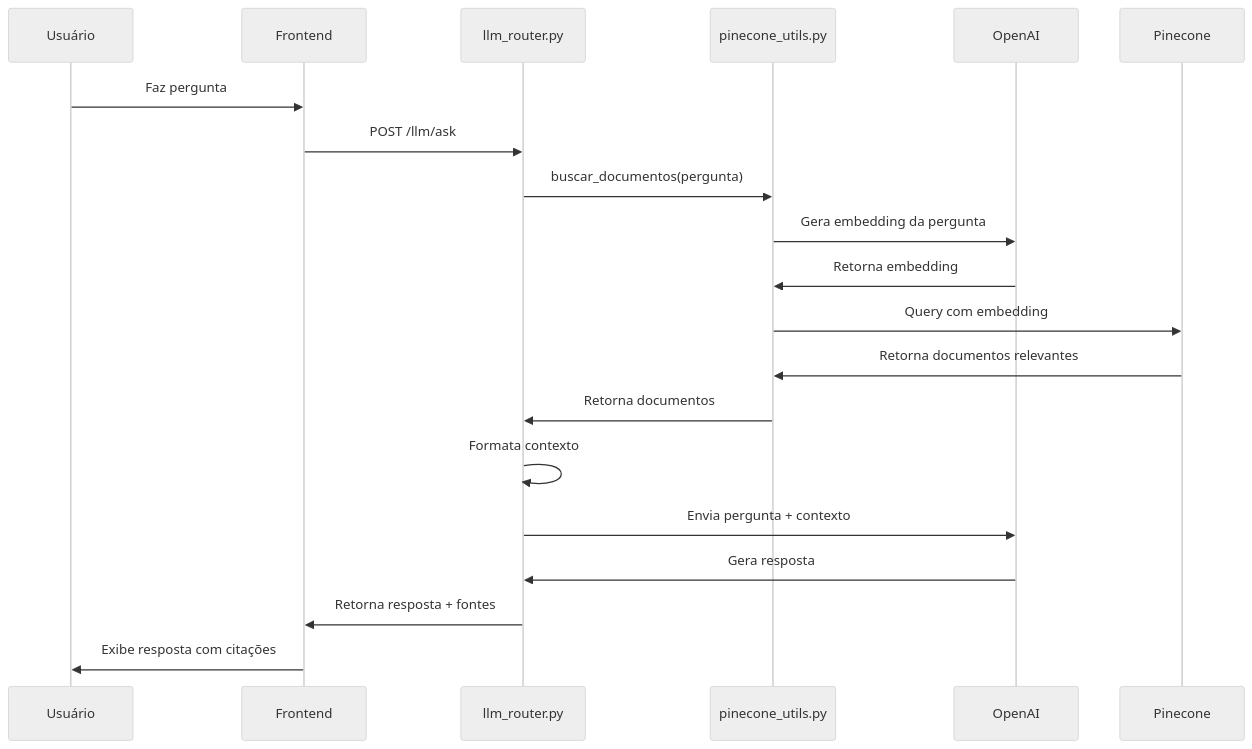
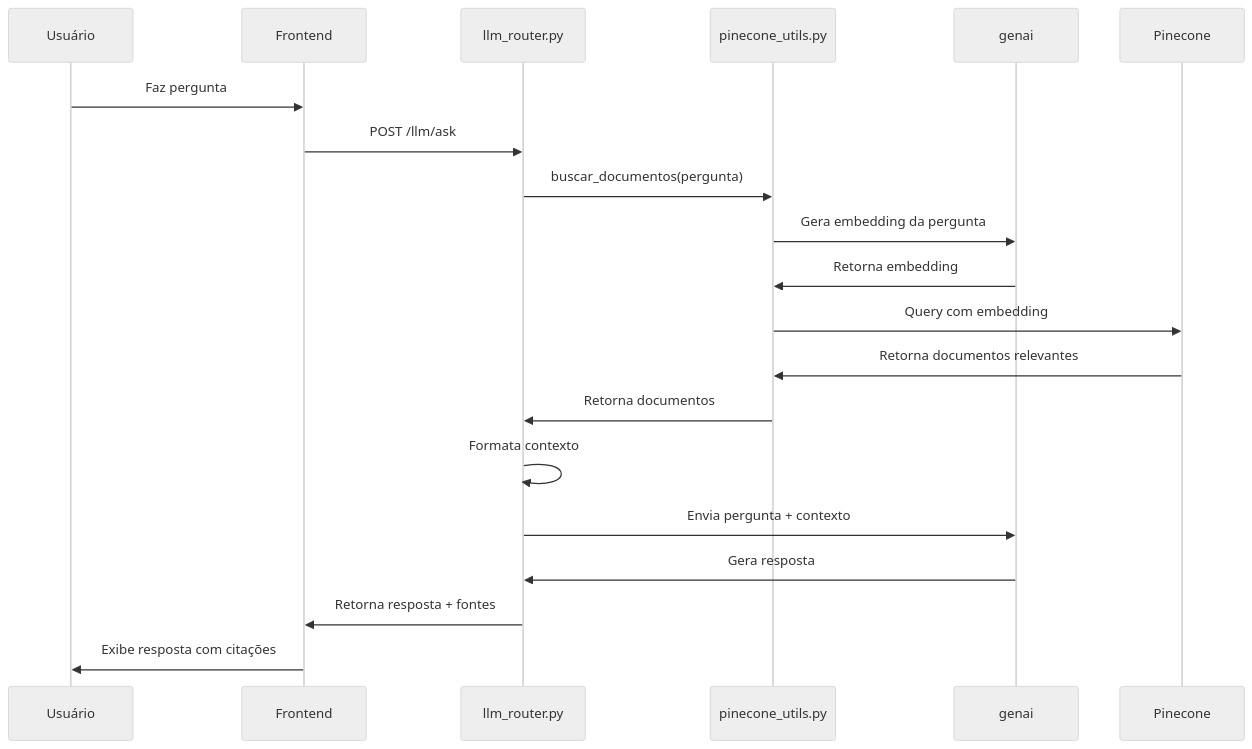
Before and after one commit to Felipebc2/AI-Project: the fourth of 4 diagrams in doc/documentacao_completa.md, drawn with Mermaid (neutral theme). The commit also changed other lines of this file and 8 other files, not shown here.

````diff
--- a/doc/documentacao_completa.md
+++ b/doc/documentacao_completa.md
@@ -464,23 +464,23 @@
 ```mermaid
 sequenceDiagram
     participant Usuario as Usuário
     participant Frontend
     participant LlmRouter as llm_router.py
     participant PineconeUtils as pinecone_utils.py
-    participant OpenAI
+    participant genai
     participant Pinecone
 
     Usuario->>Frontend: Faz pergunta
     Frontend->>LlmRouter: POST /llm/ask
     LlmRouter->>PineconeUtils: buscar_documentos(pergunta)
-    PineconeUtils->>OpenAI: Gera embedding da pergunta
-    OpenAI->>PineconeUtils: Retorna embedding
+    PineconeUtils->>genai: Gera embedding da pergunta
+    genai->>PineconeUtils: Retorna embedding
     PineconeUtils->>Pinecone: Query com embedding
     Pinecone->>PineconeUtils: Retorna documentos relevantes
     PineconeUtils->>LlmRouter: Retorna documentos
     LlmRouter->>LlmRouter: Formata contexto
-    LlmRouter->>OpenAI: Envia pergunta + contexto
-    OpenAI->>LlmRouter: Gera resposta
+    LlmRouter->>genai: Envia pergunta + contexto
+    genai->>LlmRouter: Gera resposta
     LlmRouter->>Frontend: Retorna resposta + fontes
     Frontend->>Usuario: Exibe resposta com citações
 ```
````
